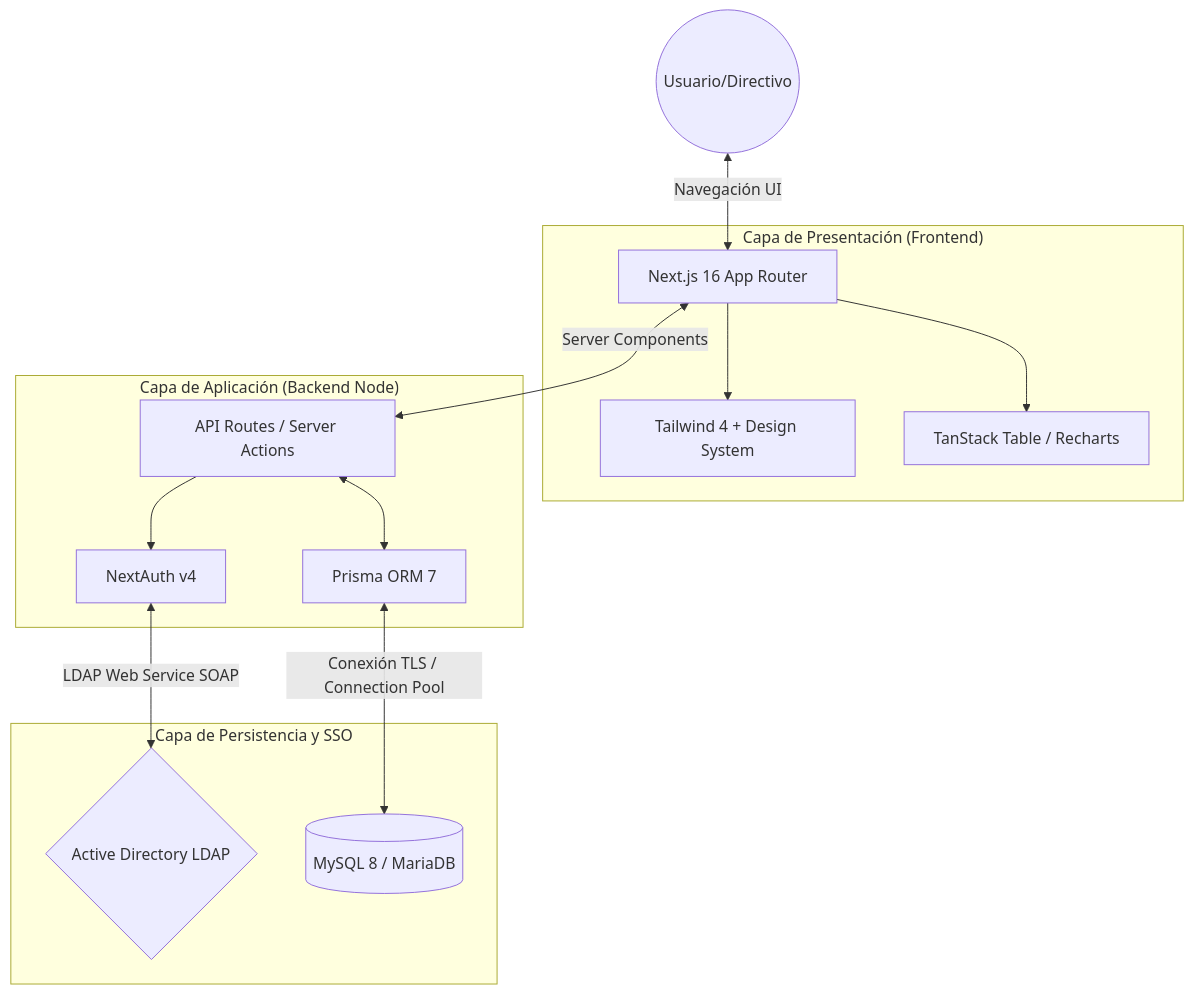
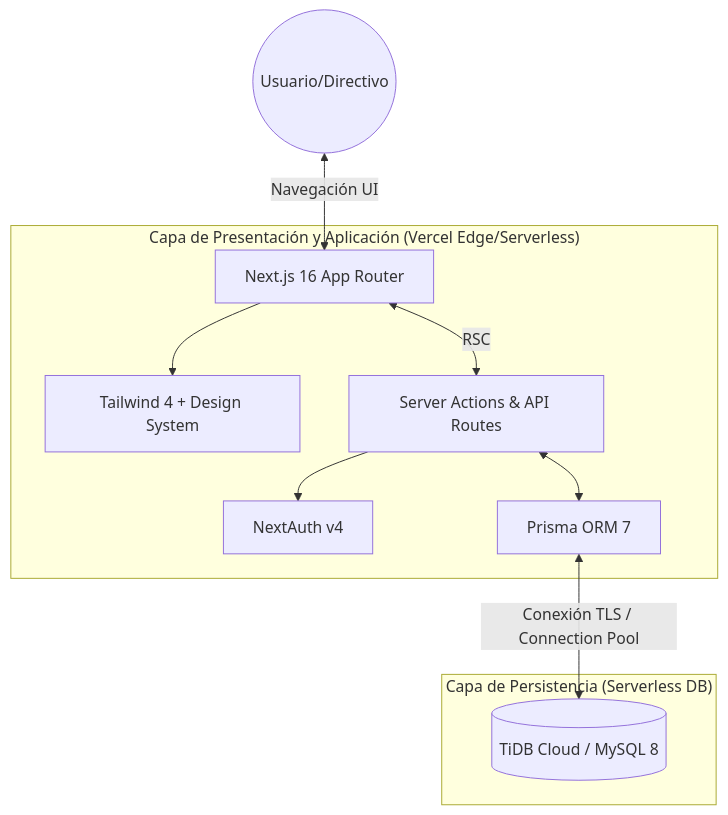
The diagram in README.md (luisdefrutos/focus-plataforma-tfm), drawn with Mermaid before and after one commit. The commit also changed other lines of this file and 89 other files, not shown here.

````diff
--- a/README.md
+++ b/README.md
@@ -43,34 +43,26 @@
 ```mermaid
 graph TD
     %% Usuarios y Clientes
     U((Usuario/Directivo)) <-->|Navegación UI| F
 
-    %% Frontend (Next.js)
-    subgraph "Capa de Presentación (Frontend)"
+    %% Frontend (Vercel)
+    subgraph "Capa de Presentación y Aplicación (Vercel Edge/Serverless)"
         F[Next.js 16 App Router]
         UI[Tailwind 4 + Design System]
-        C[TanStack Table / Recharts]
-    end
-
-    %% Backend y Auth
-    subgraph "Capa de Aplicación (Backend Node)"
-        API[API Routes / Server Actions]
+        API[Server Actions & API Routes]
         Auth[NextAuth v4]
         ORM[Prisma ORM 7]
     end
 
-    %% Infraestructura y Datos
-    subgraph "Capa de Persistencia y SSO"
-        AD{Active Directory LDAP}
-        DB[(MySQL 8 / MariaDB)]
+    %% Infraestructura y Datos (TiDB Cloud)
+    subgraph "Capa de Persistencia (Serverless DB)"
+        DB[(TiDB Cloud / MySQL 8)]
     end
 
     %% Relaciones
-    F <-->|Server Components| API
+    F <-->|RSC| API
     F --> UI
-    F --> C
     API --> Auth
-    Auth <-->|LDAP Web Service SOAP| AD
     API <--> ORM
     ORM <-->|Conexión TLS / Connection Pool| DB
 ```
````
